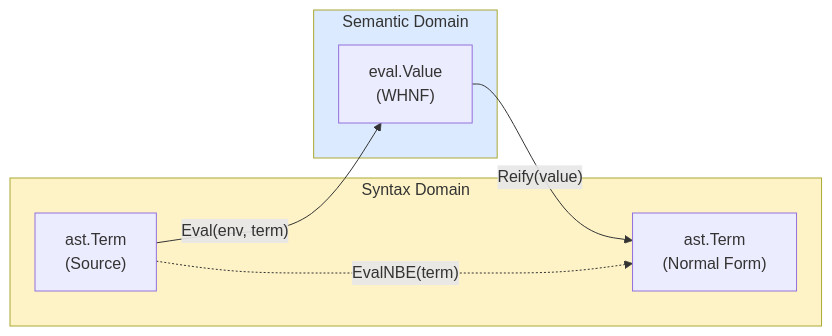
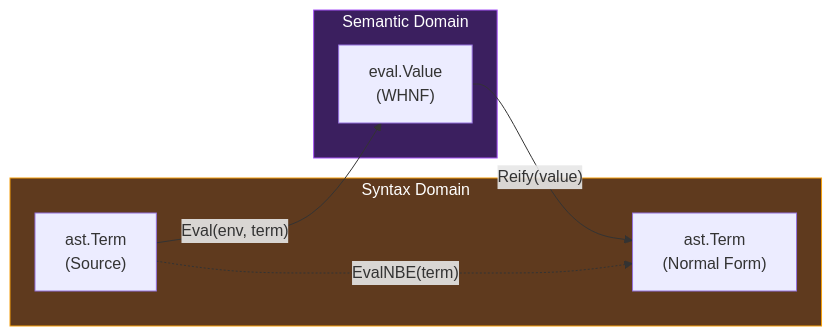
The eighth of 23 diagrams in DIAGRAMS.md (watchthelight/HypergraphGo), drawn with Mermaid before and after one commit. The commit also changed other lines of this file, not shown here.

First line of the commit message:
docs(diagrams): add master architecture diagram with dark theme

````diff
--- a/DIAGRAMS.md
+++ b/DIAGRAMS.md
@@ -404,19 +857,19 @@
 ```mermaid
 flowchart LR
     subgraph Syntax["Syntax Domain"]
         Term["ast.Term<br/>(Source)"]
         NormalForm["ast.Term<br/>(Normal Form)"]
     end
 
     subgraph Semantics["Semantic Domain"]
         Value["eval.Value<br/>(WHNF)"]
     end
 
     Term -->|"Eval(env, term)"| Value
     Value -->|"Reify(value)"| NormalForm
 
     Term -.->|"EvalNBE(term)"| NormalForm
 
-    style Syntax fill:#fef3c7
-    style Semantics fill:#dbeafe
+    style Syntax fill:#5f3a1e,stroke:#f59e0b,color:#fff
+    style Semantics fill:#3b1f5f,stroke:#a855f7,color:#fff
 ```
````
